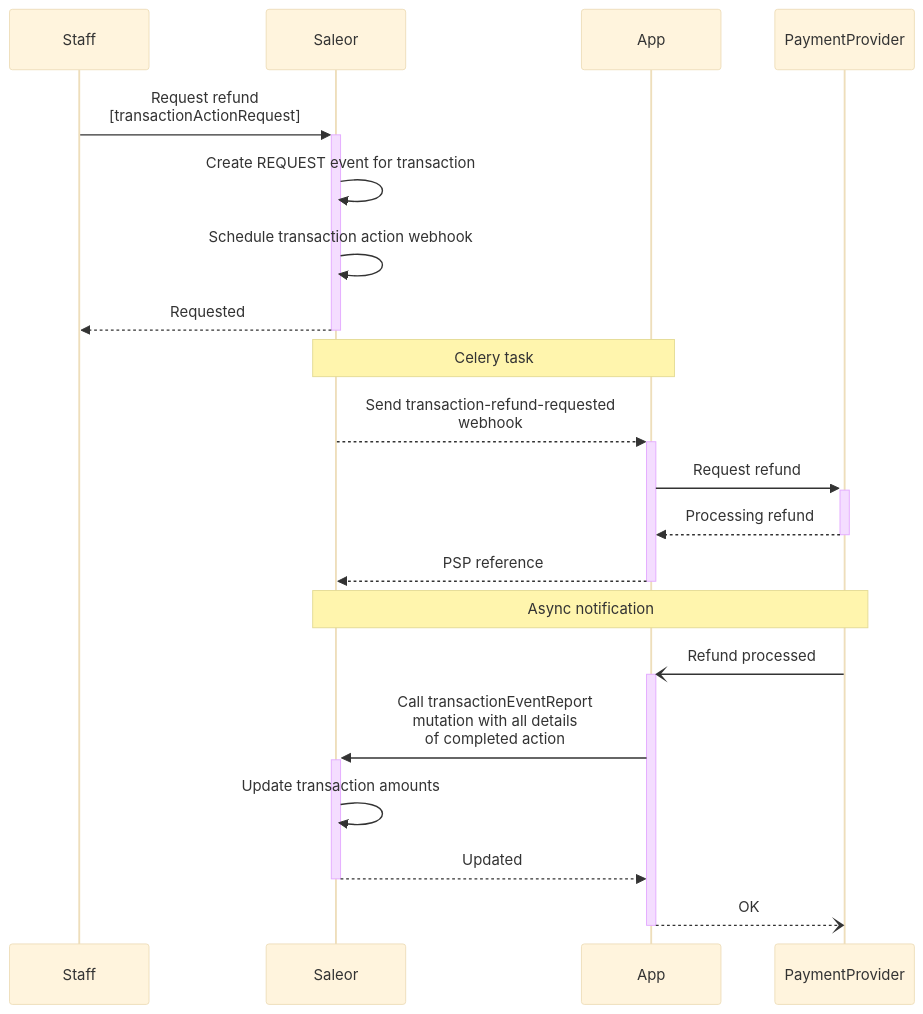
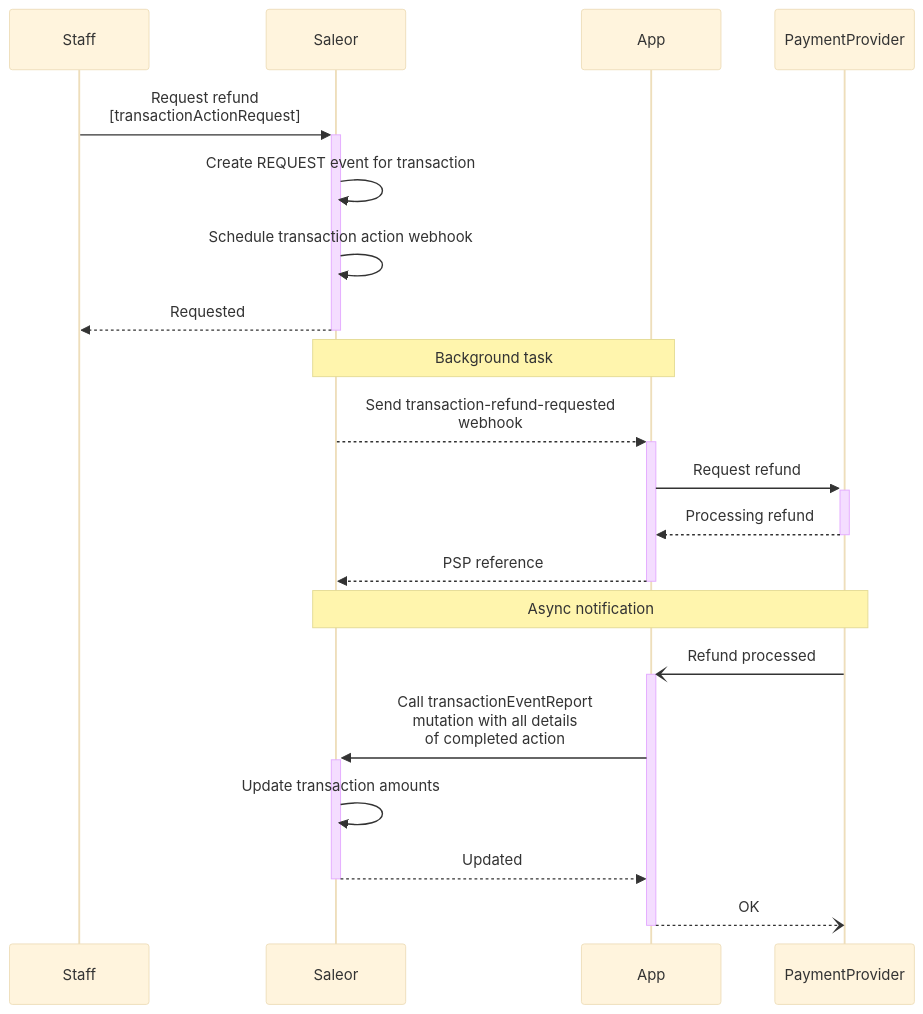
Before and after one commit to saleor/saleor-docs: the first of 3 diagrams in docs/developer/payments/transactions.mdx, drawn with Mermaid (base theme). The commit also changed other lines of this file and 5 other files, not shown here.

````diff
--- a/docs/developer/payments/transactions.mdx
+++ b/docs/developer/payments/transactions.mdx
@@ -344,18 +344,18 @@
 ```mermaid
 sequenceDiagram
    Staff ->>+ Saleor: Request refund<br>[transactionActionRequest]
    Saleor ->> Saleor: Create REQUEST event for transaction
    Saleor ->> Saleor: Schedule transaction action webhook
    Saleor -->>- Staff: Requested
-   Note over Saleor,App: Celery task
+   Note over Saleor,App: Background task
    Saleor -->>+ App: Send transaction-refund-requested <br>webhook
    App ->>+ PaymentProvider: Request refund
    PaymentProvider -->>- App: Processing refund
    App -->>- Saleor: PSP reference
    Note over Saleor,PaymentProvider: Async notification
    PaymentProvider -)+ App: Refund processed
    App ->>+ Saleor: Call transactionEventReport <br>mutation with all details<br> of completed action
    Saleor ->> Saleor: Update transaction amounts
    Saleor -->>- App: Updated
    App --)- PaymentProvider: OK
 ```
````
